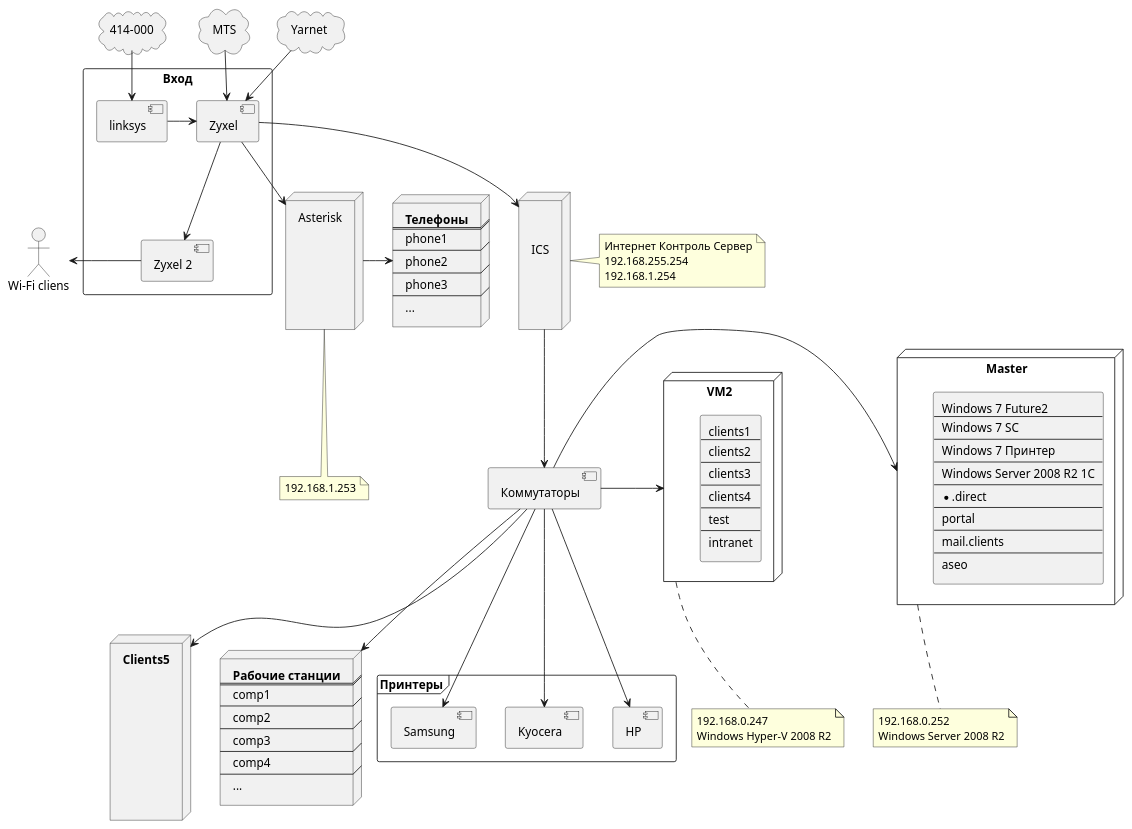
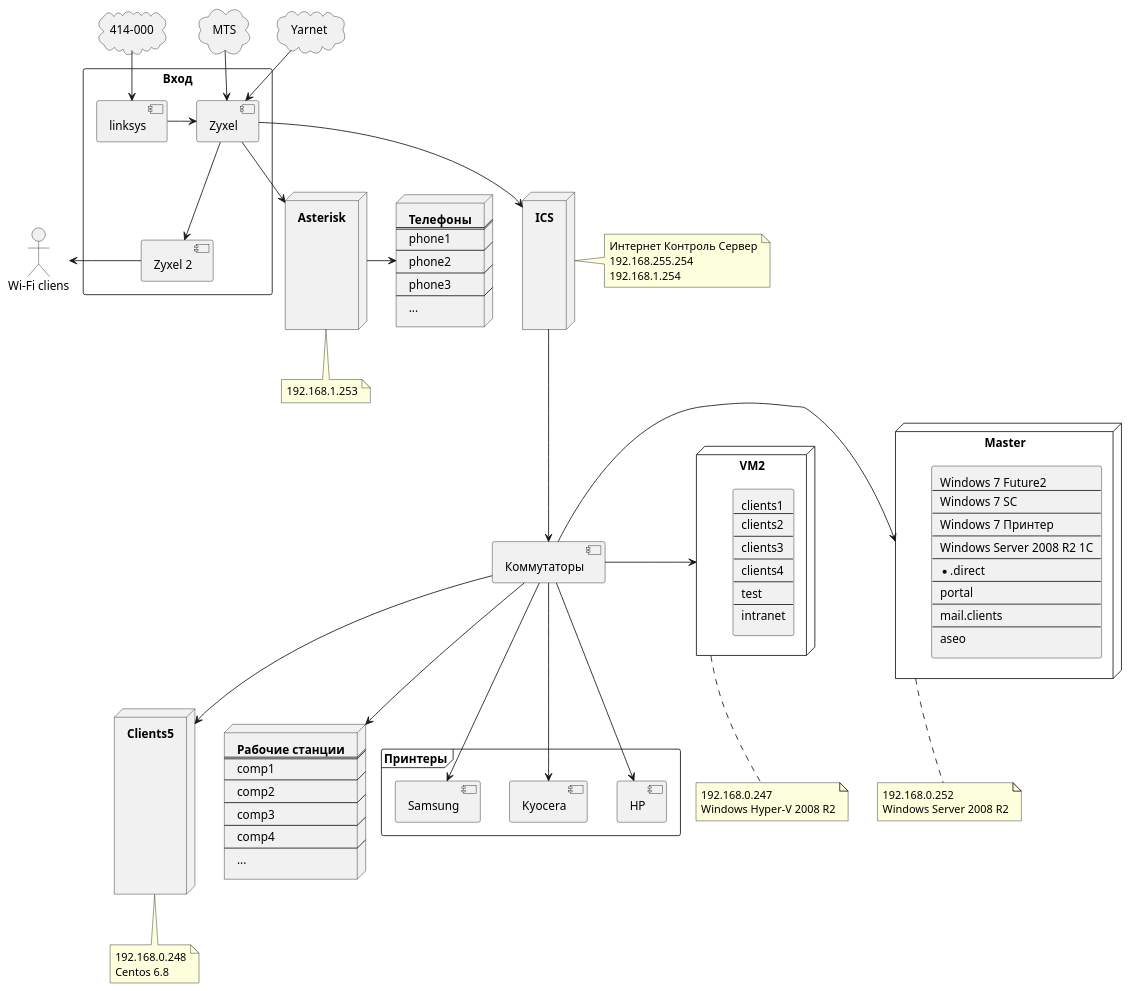
One commit to aak74/uml changed the diagram in Network.puml. Above: the diagram before and after it, drawn with PlantUML. The commit also changed 2 other files, not shown here.

```diff
--- a/Network.puml
+++ b/Network.puml
@@ -1,138 +1,143 @@
 @startuml
 
 actor "Wi-Fi cliens" as wifi
 cloud "414-000" as number
 cloud MTS
 cloud Yarnet
 
 rectangle "Вход" {
   component "Zyxel Keenetic" as Zyxel
   [Zyxel]
   [Zyxel 2]
   [linksys]
 }
 
-node "Asterisk\n\n\n\n\n\n" as Asterisk {
+node "**Asterisk**\n\n\n\n\n\n" as Asterisk {
 
 }
 
 node phones [
   **Телефоны**
   ====
   phone1
   ----
   phone2
   ----
   phone3
   ----
   ...
 ]
 
-node "\n\nICS\n\n\n\n" as ICS {
+node "**ICS**\n\n\n\n\n\n" as ICS {
   
 }
 
 node VM2 { 
   rectangle r2 [
     clients1
     ----
     clients2
     ----
     clients3
     ----
     clients4
     ----
     test
     ----
     intranet
   ]
 }
 
 node "**Clients5**\n\n\n\n\n\n\n\n\n" as Clients5 {
   
 }
 
 node Master {
 rectangle r1 [
   Windows 7 Future2
   ----
   Windows 7 SC
   ----
   Windows 7 Принтер
   ----
   Windows Server 2008 R2 1С
   ----
   *.direct
   ----
   portal
   ----
   mail.clients
   ----
   aseo
 ]
 }
 
 node comps [
   **Рабочие станции**
   ===
   comp1
   ----
   comp2
   ----
   comp3
   ----
   comp4
   ----
   ...
 ]
 
 frame "Принтеры" {
   [HP]
   [Kyocera]
   [Samsung]
 }
 
 (MTS) -d-> [Zyxel]
 (Yarnet) -d-> [Zyxel]
 [Zyxel] --> [Zyxel 2]
 [Zyxel] --> Asterisk
 
 [Zyxel 2] -l-> wifi
 
 [Zyxel] --> ICS
-ICS -d-> [Коммутаторы]
+ICS -d--> [Коммутаторы]
 
 number --> [linksys]
 [linksys] -> [Zyxel]
 Asterisk -r-> phones
 
 [Коммутаторы] -> VM2
 [Коммутаторы] -> Master
 [Коммутаторы] -d-> Clients5
 [Коммутаторы] --> [HP]
 [Коммутаторы] --> [Kyocera]
 [Коммутаторы] --> [Samsung]
 [Коммутаторы] --> comps
 
 
 note bottom of VM2
   192.168.0.247
   Windows Hyper-V 2008 R2
 end note
 
 note bottom of Master
   192.168.0.252
   Windows Server 2008 R2
 end note
 
 note right of ICS
   Интернет Контроль Сервер
   192.168.255.254
   192.168.1.254
 end note
 
 note bottom of Asterisk
 192.168.1.253
 end note
 
+note bottom of Clients5
+192.168.0.248
+Centos 6.8
+end note
+
 @enduml
```
